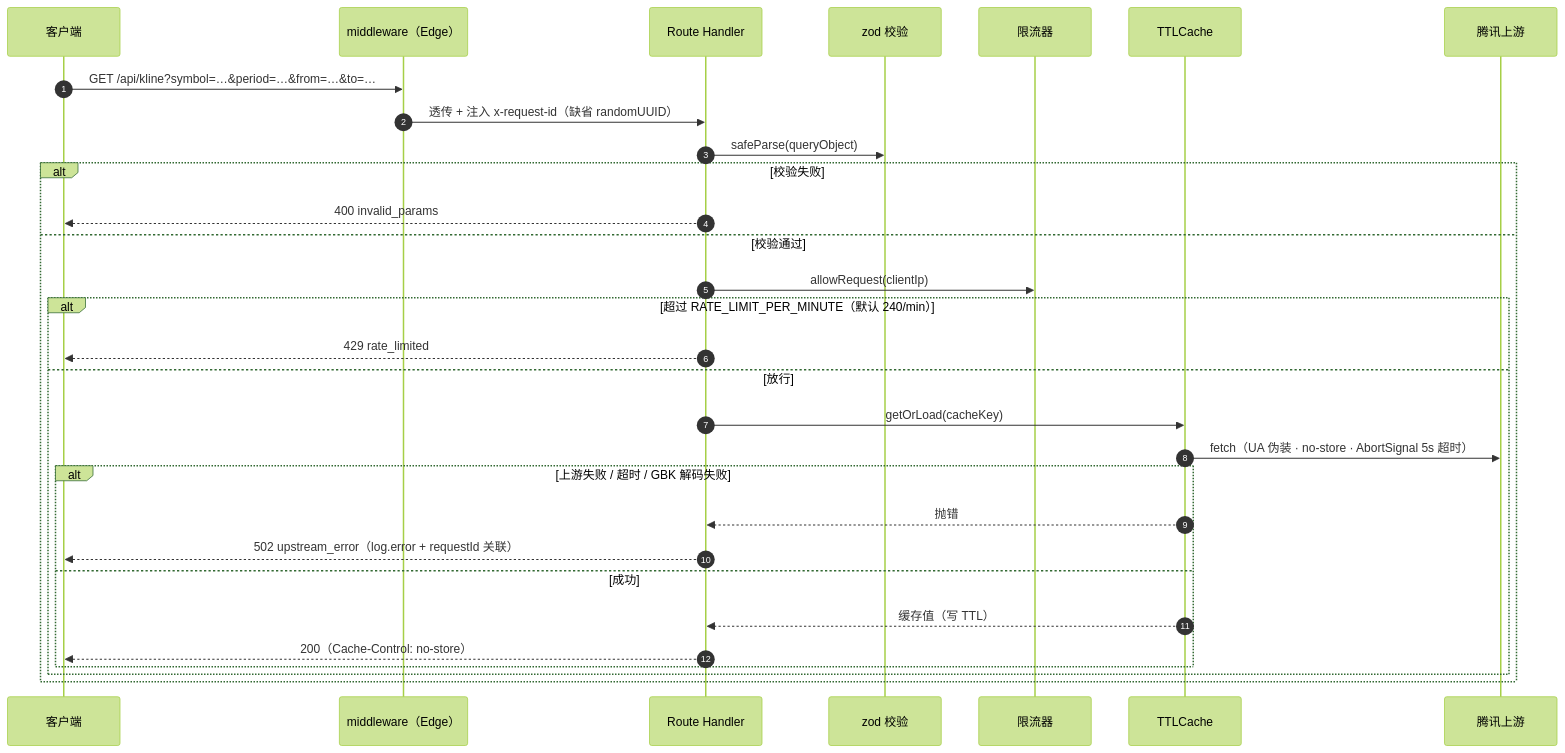
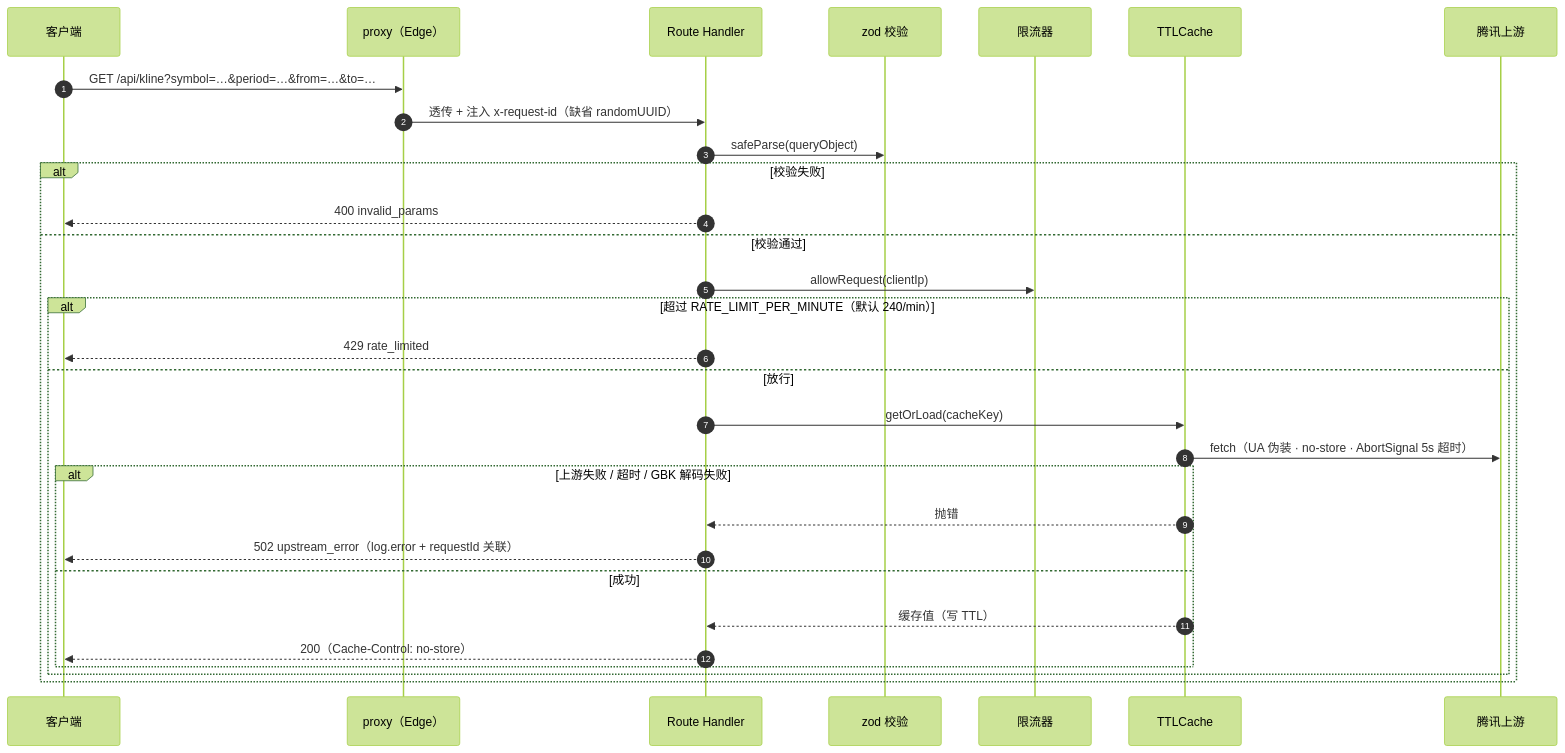
One commit to jaiden-home/preview-v10 changed the seventh of 8 diagrams in docs/ARCHITECTURE.md. Above: the diagram before and after it, drawn with Mermaid (forest theme). The commit also changed other lines of this file and 2 other files, not shown here.

Commit message:
refactor: migrate middleware to proxy per Next.js convention

````diff
--- a/docs/ARCHITECTURE.md
+++ b/docs/ARCHITECTURE.md
@@ -400,33 +400,33 @@
 ```mermaid
 sequenceDiagram
     autonumber
     participant CL as 客户端
-    participant MW as middleware（Edge）
+    participant MW as proxy（Edge）
     participant RT as Route Handler
     participant Z as zod 校验
     participant RL as 限流器
     participant CA as TTLCache
     participant UP as 腾讯上游
 
     CL->>MW: GET /api/kline?symbol=…&period=…&from=…&to=…
     MW->>RT: 透传 + 注入 x-request-id（缺省 randomUUID）
     RT->>Z: safeParse(queryObject)
     alt 校验失败
         RT-->>CL: 400 invalid_params
     else 校验通过
         RT->>RL: allowRequest(clientIp)
         alt 超过 RATE_LIMIT_PER_MINUTE（默认 240/min）
             RT-->>CL: 429 rate_limited
         else 放行
             RT->>CA: getOrLoad(cacheKey)
             CA->>UP: fetch（UA 伪装 · no-store · AbortSignal 5s 超时）
             alt 上游失败 / 超时 / GBK 解码失败
                 CA-->>RT: 抛错
                 RT-->>CL: 502 upstream_error（log.error + requestId 关联）
             else 成功
                 CA-->>RT: 缓存值（写 TTL）
                 RT-->>CL: 200（Cache-Control: no-store）
             end
         end
     end
 ```
````
